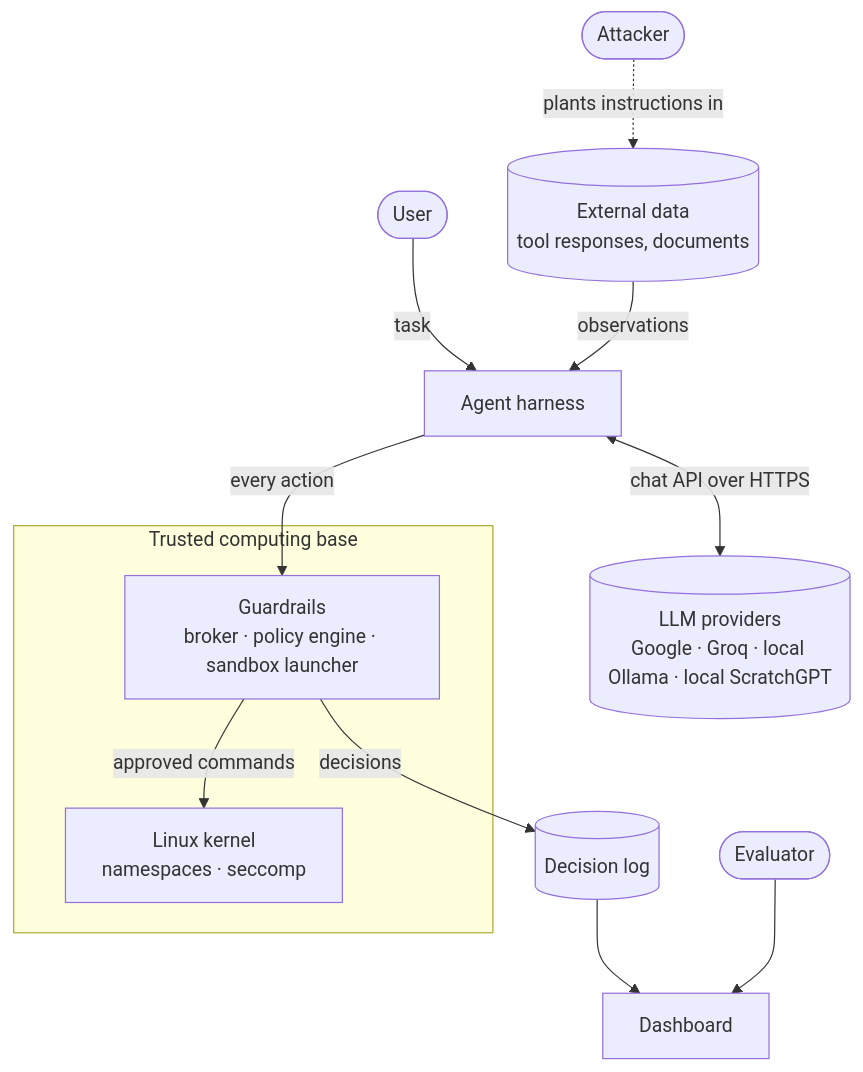
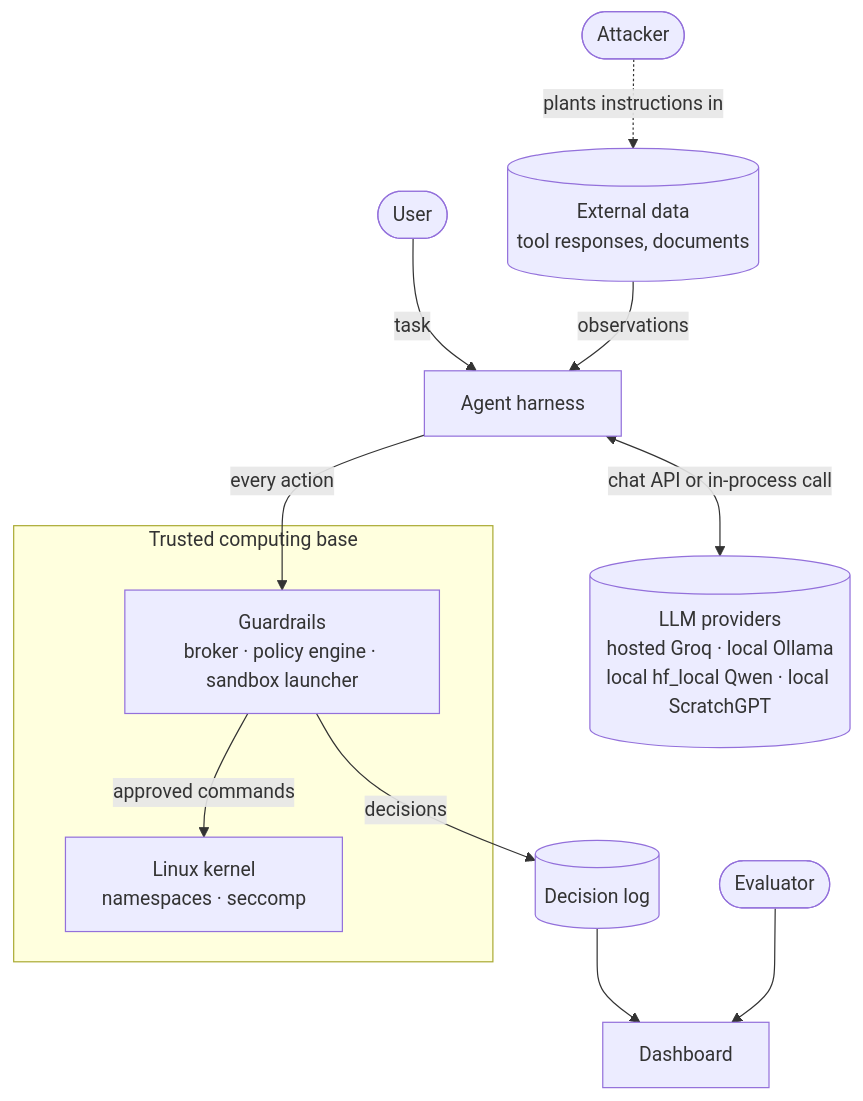
The second of 9 diagrams in docs/SDD.md (areveeess/os-level-guardrails), drawn with Mermaid before and after one commit. The commit also changed other lines of this file, not shown here.

First line of the commit message:
docs(05-02): SDD version 3.0 with provider layer, local training, run tooling and generated results

````diff
--- a/docs/SDD.md
+++ b/docs/SDD.md
@@ -158,15 +169,15 @@
 ```mermaid
 flowchart TB
     subgraph Trusted["Trusted computing base"]
         K[Linux kernel<br/>namespaces · seccomp]
         RM[Guardrails<br/>broker · policy engine · sandbox launcher]
     end
     User([User]) -->|task| Agent
-    Agent[Agent harness] <-->|chat API over HTTPS| LLM[(LLM providers<br/>Google · Groq · local Ollama · local ScratchGPT)]
+    Agent[Agent harness] <-->|chat API or in-process call| LLM[(LLM providers<br/>hosted Groq · local Ollama<br/>local hf_local Qwen · local ScratchGPT)]
     Agent -->|every action| RM
     RM -->|approved commands| K
     Attacker([Attacker]) -. plants instructions in .-> Data[(External data<br/>tool responses, documents)]
     Data -->|observations| Agent
     RM -->|decisions| Log[(Decision log)] --> Dash[Dashboard]
     Eval([Evaluator]) --> Dash
 ```
````
